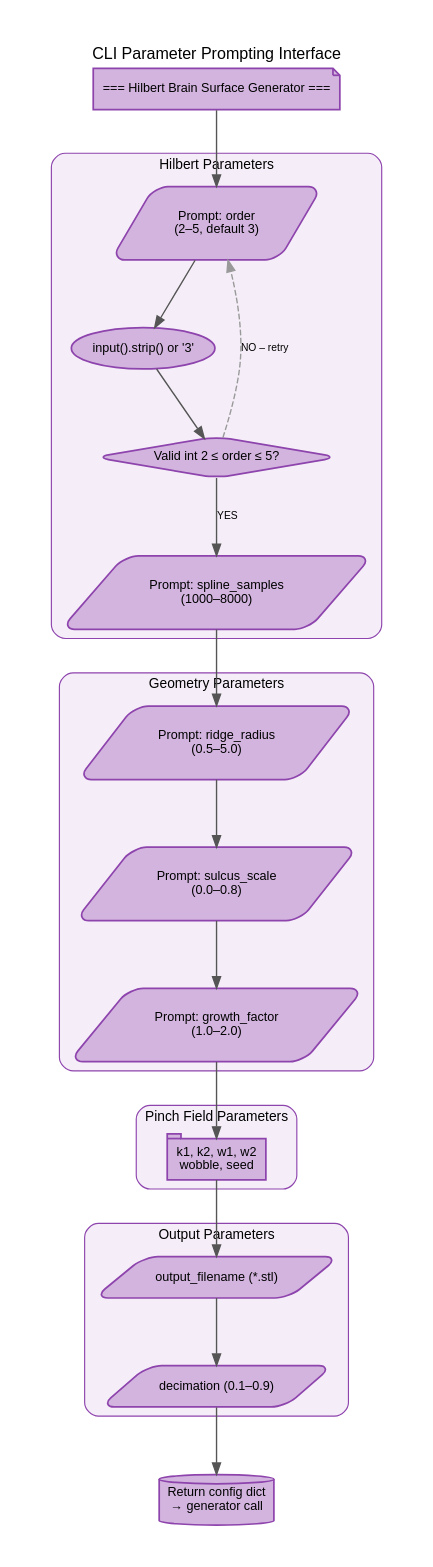
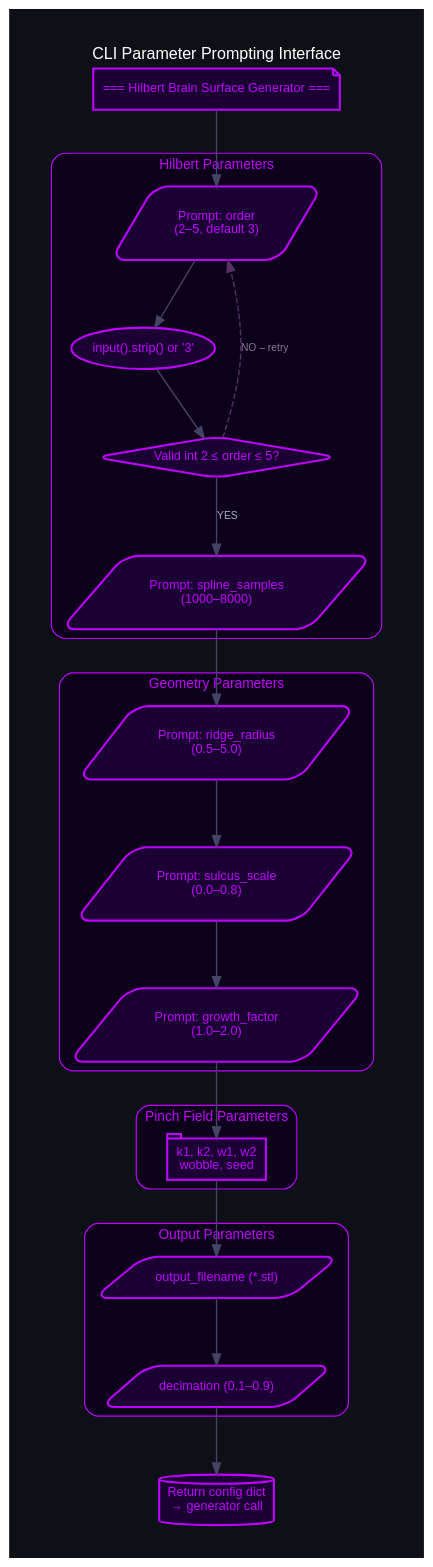
Before and after one commit to danindiana/hilbertbrane: the diagram in docs/diagrams_25/23_cli_interface.dot, drawn with Graphviz. The commit also changed 78 other files, not shown here.

```diff
--- a/docs/diagrams_25/23_cli_interface.dot
+++ b/docs/diagrams_25/23_cli_interface.dot
@@ -1,69 +1,70 @@
 digraph G {
     graph [
         fontname="Helvetica,Arial,sans-serif"
-        bgcolor="#ffffff"
+        bgcolor="#0d1117"
+        fontcolor="white"
         splines=spline
         nodesep=0.6
         ranksep=0.8
         pad=0.4
         labelloc="t"
         labeljust="c"
         fontsize=14
     ]
-    node [fontname="Helvetica,Arial,sans-serif" fontsize=11 style="filled,rounded" penwidth=1.5]
-    edge [fontname="Helvetica,Arial,sans-serif" fontsize=9 color="#555555" penwidth=1.2]
+    node [fontname="Helvetica,Arial,sans-serif" fontsize=11 style="filled,rounded" penwidth=1.8 fontcolor="white"]
+    edge [fontname="Helvetica,Arial,sans-serif" fontsize=9 color="#444466" penwidth=1.2 fontcolor="#aaaacc"]
     graph [label="CLI Parameter Prompting Interface" rankdir="TB"]
 
-    banner [label="=== Hilbert Brain Surface Generator ===" shape=note fillcolor="#D2B4DE" color="#8E44AD"]
+    banner [label="=== Hilbert Brain Surface Generator ===" shape=note fillcolor="#1a0033" color="#bf00ff" fontcolor="#bf00ff"]
 
     subgraph cluster_hilbert {
         label="Hilbert Parameters"
-        style="filled,rounded" fillcolor="#F5EEF8" color="#8E44AD" fontsize=12
-        fontname="Helvetica,Arial,sans-serif"
+        style="filled,rounded" fillcolor="#0d001a" color="#bf00ff" fontsize=12
+        fontname="Helvetica,Arial,sans-serif" fontcolor="#bf00ff"
 
-        h1 [label="Prompt: order\n(2–5, default 3)" shape=parallelogram fillcolor="#D2B4DE" color="#8E44AD"]
-        h2 [label="input().strip() or '3'" fillcolor="#D2B4DE" color="#8E44AD"]
-        h3 [label="Valid int 2 ≤ order ≤ 5?" shape=diamond fillcolor="#D2B4DE" color="#8E44AD"]
-        h4 [label="Prompt: spline_samples\n(1000–8000)" shape=parallelogram fillcolor="#D2B4DE" color="#8E44AD"]
+        h1 [label="Prompt: order\n(2–5, default 3)" shape=parallelogram fillcolor="#1a0033" color="#bf00ff" fontcolor="#bf00ff"]
+        h2 [label="input().strip() or '3'" fillcolor="#1a0033" color="#bf00ff" fontcolor="#bf00ff"]
+        h3 [label="Valid int 2 ≤ order ≤ 5?" shape=diamond fillcolor="#1a0033" color="#bf00ff" fontcolor="#bf00ff"]
+        h4 [label="Prompt: spline_samples\n(1000–8000)" shape=parallelogram fillcolor="#1a0033" color="#bf00ff" fontcolor="#bf00ff"]
         h1 -> h2 -> h3
         h3 -> h4 [label="YES"]
-        h3 -> h1 [label="NO – retry" style=dashed color="#999999"]
+        h3 -> h1 [label="NO – retry" style=dashed color="#553366" fontcolor="#887799"]
     }
 
     subgraph cluster_geom {
         label="Geometry Parameters"
-        style="filled,rounded" fillcolor="#F5EEF8" color="#8E44AD" fontsize=12
-        fontname="Helvetica,Arial,sans-serif"
+        style="filled,rounded" fillcolor="#0d001a" color="#bf00ff" fontsize=12
+        fontname="Helvetica,Arial,sans-serif" fontcolor="#bf00ff"
 
-        gp1 [label="Prompt: ridge_radius\n(0.5–5.0)" shape=parallelogram fillcolor="#D2B4DE" color="#8E44AD"]
-        gp2 [label="Prompt: sulcus_scale\n(0.0–0.8)" shape=parallelogram fillcolor="#D2B4DE" color="#8E44AD"]
-        gp3 [label="Prompt: growth_factor\n(1.0–2.0)" shape=parallelogram fillcolor="#D2B4DE" color="#8E44AD"]
+        gp1 [label="Prompt: ridge_radius\n(0.5–5.0)" shape=parallelogram fillcolor="#1a0033" color="#bf00ff" fontcolor="#bf00ff"]
+        gp2 [label="Prompt: sulcus_scale\n(0.0–0.8)" shape=parallelogram fillcolor="#1a0033" color="#bf00ff" fontcolor="#bf00ff"]
+        gp3 [label="Prompt: growth_factor\n(1.0–2.0)" shape=parallelogram fillcolor="#1a0033" color="#bf00ff" fontcolor="#bf00ff"]
         gp1 -> gp2 -> gp3
     }
 
     subgraph cluster_pinch {
         label="Pinch Field Parameters"
-        style="filled,rounded" fillcolor="#F5EEF8" color="#8E44AD" fontsize=12
-        fontname="Helvetica,Arial,sans-serif"
+        style="filled,rounded" fillcolor="#0d001a" color="#bf00ff" fontsize=12
+        fontname="Helvetica,Arial,sans-serif" fontcolor="#bf00ff"
 
-        pp [label="k1, k2, w1, w2\nwobble, seed" shape=tab fillcolor="#D2B4DE" color="#8E44AD"]
+        pp [label="k1, k2, w1, w2\nwobble, seed" shape=tab fillcolor="#1a0033" color="#bf00ff" fontcolor="#bf00ff"]
     }
 
     subgraph cluster_out {
         label="Output Parameters"
-        style="filled,rounded" fillcolor="#F5EEF8" color="#8E44AD" fontsize=12
-        fontname="Helvetica,Arial,sans-serif"
+        style="filled,rounded" fillcolor="#0d001a" color="#bf00ff" fontsize=12
+        fontname="Helvetica,Arial,sans-serif" fontcolor="#bf00ff"
 
-        op1 [label="output_filename (*.stl)" shape=parallelogram fillcolor="#D2B4DE" color="#8E44AD"]
-        op2 [label="decimation (0.1–0.9)" shape=parallelogram fillcolor="#D2B4DE" color="#8E44AD"]
+        op1 [label="output_filename (*.stl)" shape=parallelogram fillcolor="#1a0033" color="#bf00ff" fontcolor="#bf00ff"]
+        op2 [label="decimation (0.1–0.9)" shape=parallelogram fillcolor="#1a0033" color="#bf00ff" fontcolor="#bf00ff"]
     }
 
-    result [label="Return config dict\n→ generator call" shape=cylinder fillcolor="#D2B4DE" color="#8E44AD"]
+    result [label="Return config dict\n→ generator call" shape=cylinder fillcolor="#1a0033" color="#bf00ff" fontcolor="#bf00ff"]
 
     banner -> h1
     h4 -> gp1
     gp3 -> pp
     pp -> op1
     op2 -> result
     op1 -> op2
 }
```
